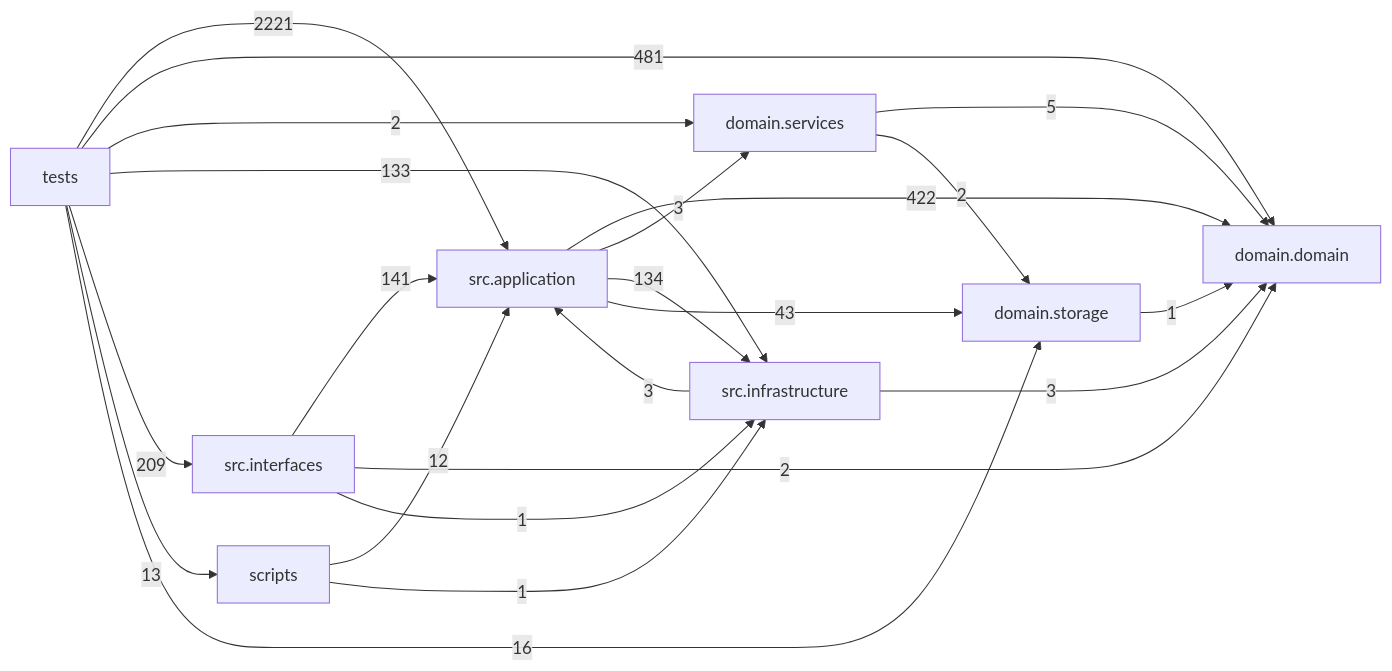
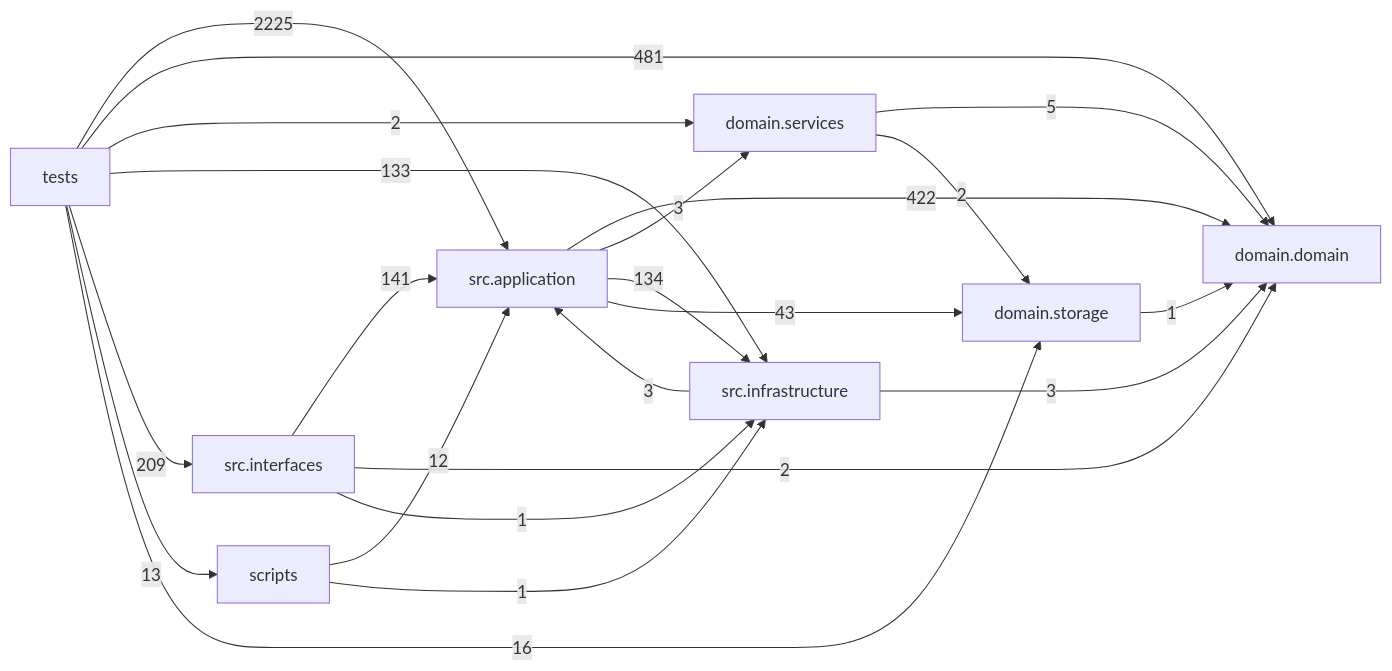
One commit to liuxie066/options-monitor changed the diagram in docs/DEPENDENCY_GRAPH.md. Above: the diagram before and after it, drawn with Mermaid. The commit also changed other lines of this file, not shown here.

Commit message:
docs: refresh dependency graph

````diff
--- a/docs/DEPENDENCY_GRAPH.md
+++ b/docs/DEPENDENCY_GRAPH.md
@@ -24,32 +24,32 @@
 ```mermaid
 flowchart LR
   tests["tests"]
   scripts["scripts"]
   interfaces["src.interfaces"]
   application["src.application"]
   infrastructure["src.infrastructure"]
   domain_services["domain.services"]
   domain["domain.domain"]
   storage["domain.storage"]
   application -->|422| domain
   application -->|3| domain_services
   application -->|134| infrastructure
   application -->|43| storage
   domain_services -->|5| domain
   domain_services -->|2| storage
   infrastructure -->|3| application
   infrastructure -->|3| domain
   interfaces -->|141| application
   interfaces -->|2| domain
   interfaces -->|1| infrastructure
   scripts -->|12| application
   scripts -->|1| infrastructure
   storage -->|1| domain
-  tests -->|2221| application
+  tests -->|2225| application
   tests -->|481| domain
   tests -->|2| domain_services
   tests -->|133| infrastructure
   tests -->|209| interfaces
   tests -->|13| scripts
   tests -->|16| storage
 ```
````
